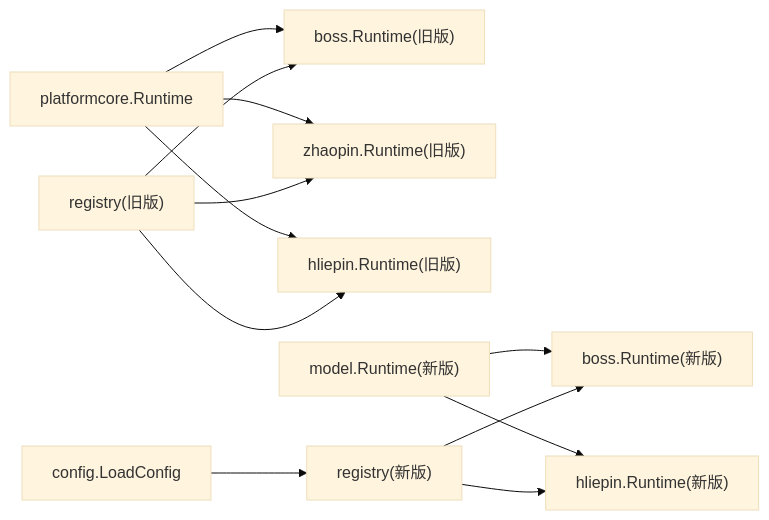
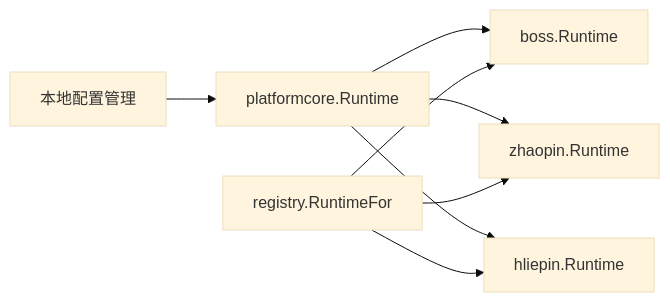
Before and after one commit to alvinwangzi/goodhr: the ninth of 9 diagrams in .qoder/repowiki/zh/content/系统架构/本地Agent架构/平台适配器系统/平台适配器系统.md, drawn with Mermaid (base theme). The commit also changed other lines of this file and 10 other files, not shown here.

````diff
--- a/.qoder/repowiki/zh/content/系统架构/本地Agent架构/平台适配器系统/平台适配器系统.md
+++ b/.qoder/repowiki/zh/content/系统架构/本地Agent架构/平台适配器系统/平台适配器系统.md
@@ -420,14 +316,10 @@
 ```mermaid
 graph LR
-Core["platformcore.Runtime"] --> BossOld["boss.Runtime(旧版)"]
-Core --> ZP["zhaopin.Runtime(旧版)"]
-Core --> HL["hliepin.Runtime(旧版)"]
-RegOld["registry(旧版)"] --> BossOld
-RegOld --> ZP
-RegOld --> HL
-Model["model.Runtime(新版)"] --> BossNew["boss.Runtime(新版)"]
-Model --> HLNew["hliepin.Runtime(新版)"]
-RegNew["registry(新版)"] --> BossNew
-RegNew --> HLNew
-ConfigNew["config.LoadConfig"] --> RegNew
+Core["platformcore.Runtime"] --> Boss["boss.Runtime"]
+Core --> ZP["zhaopin.Runtime"]
+Core --> HL["hliepin.Runtime"]
+Reg["registry.RuntimeFor"] --> Boss
+Reg --> ZP
+Reg --> HL
+Config["本地配置管理"] --> Core
 ```
````
